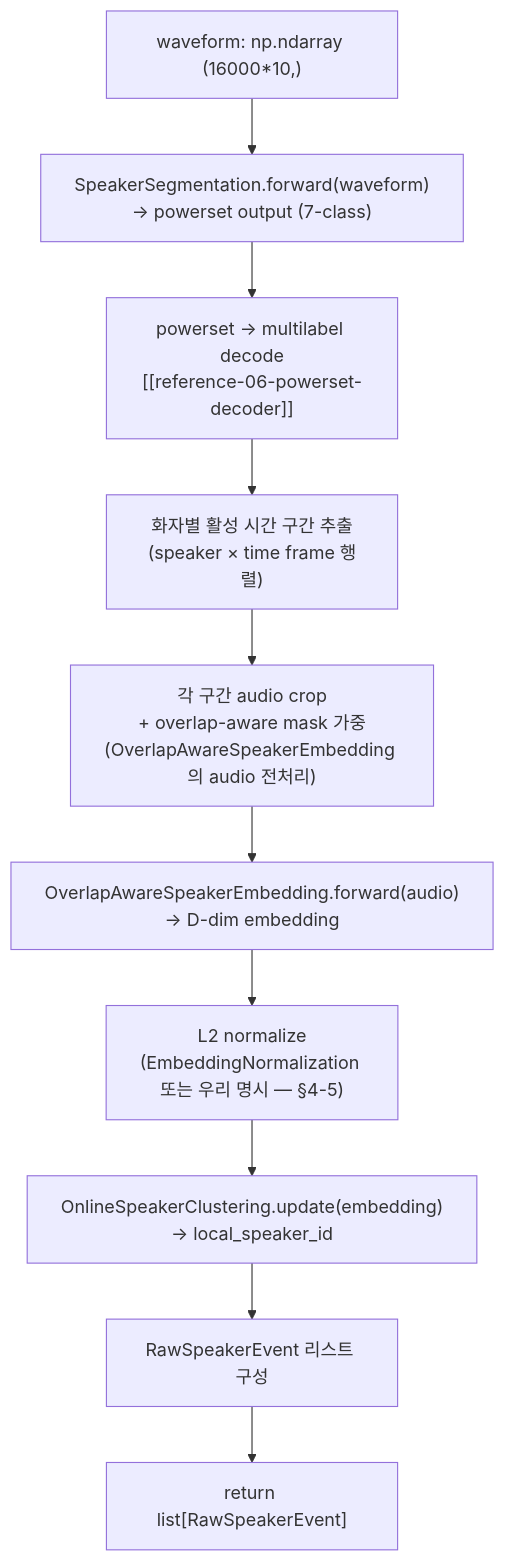
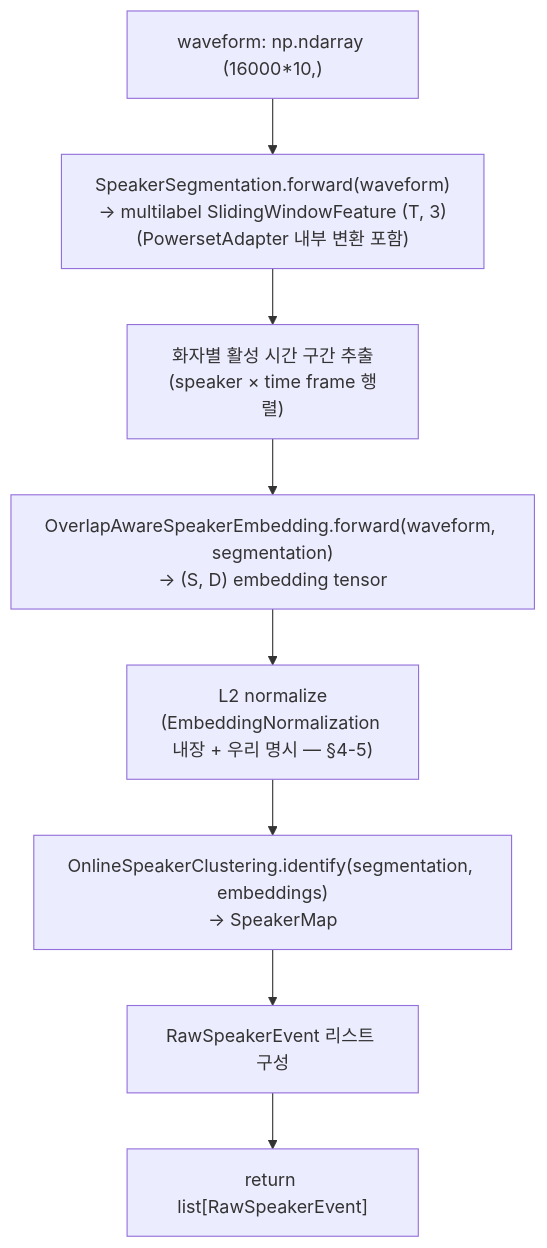
One commit to kknaks/seperate_void_streaming changed the first of 2 diagrams in medi_docs/current/spec/spec-03-diart-adapter.md. Above: the diagram before and after it, drawn with Mermaid. The commit also changed other lines of this file and 70 other files, not shown here.

````diff
--- a/medi_docs/current/spec/spec-03-diart-adapter.md
+++ b/medi_docs/current/spec/spec-03-diart-adapter.md
@@ -185,12 +209,10 @@
 ```mermaid
 flowchart TD
-    IN["waveform: np.ndarray (16000*10,)"] --> SEG["SpeakerSegmentation.forward(waveform)\n→ powerset output (7-class)"]
-    SEG --> DEC["powerset → multilabel decode\n[[reference-06-powerset-decoder]]"]
-    DEC --> SPANS["화자별 활성 시간 구간 추출\n(speaker × time frame 행렬)"]
-    SPANS --> CROP["각 구간 audio crop\n+ overlap-aware mask 가중\n(OverlapAwareSpeakerEmbedding 의 audio 전처리)"]
-    CROP --> EMB["OverlapAwareSpeakerEmbedding.forward(audio)\n→ D-dim embedding"]
-    EMB --> NORM["L2 normalize\n(EmbeddingNormalization 또는 우리 명시 — §4-5)"]
-    NORM --> CLUST["OnlineSpeakerClustering.update(embedding)\n→ local_speaker_id"]
+    IN["waveform: np.ndarray (16000*10,)"] --> SEG["SpeakerSegmentation.forward(waveform)\n→ multilabel SlidingWindowFeature (T, 3)\n(PowersetAdapter 내부 변환 포함)"]
+    SEG --> SPANS["화자별 활성 시간 구간 추출\n(speaker × time frame 행렬)"]
+    SPANS --> EMB["OverlapAwareSpeakerEmbedding.forward(waveform, segmentation)\n→ (S, D) embedding tensor"]
+    EMB --> NORM["L2 normalize\n(EmbeddingNormalization 내장 + 우리 명시 — §4-5)"]
+    NORM --> CLUST["OnlineSpeakerClustering.identify(segmentation, embeddings)\n→ SpeakerMap"]
     CLUST --> RAW["RawSpeakerEvent 리스트 구성"]
     RAW --> OUT["return list[RawSpeakerEvent]"]
 ```
````
